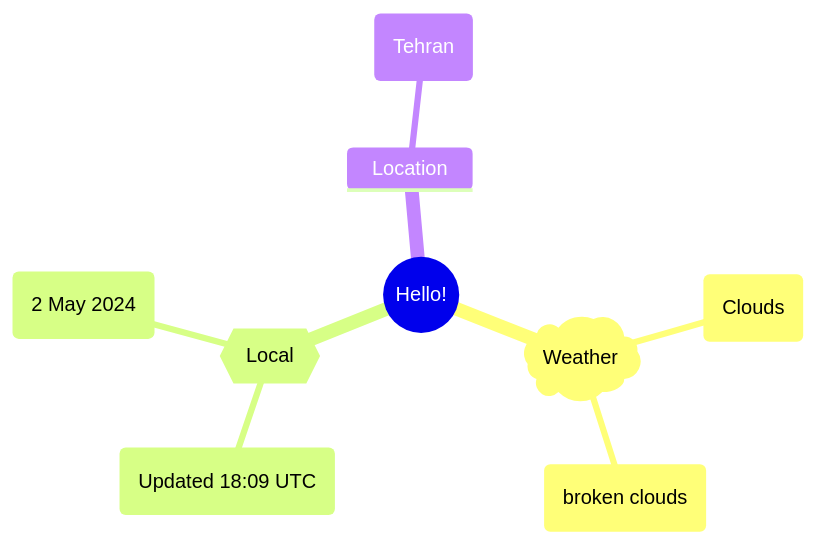
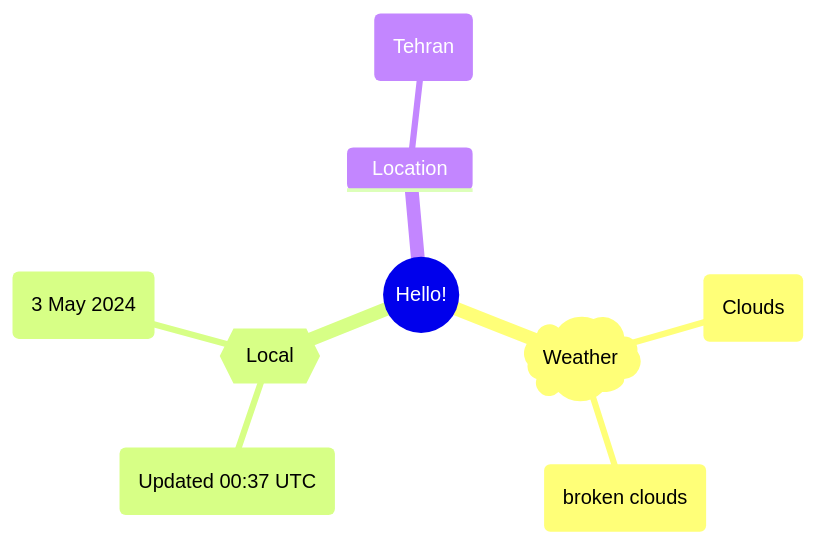
The first of 2 diagrams in README.md (Xosrov/Xosrov), drawn with Mermaid before and after one commit.

Commit message:
[bot] updated images

````diff
--- a/README.md
+++ b/README.md
@@ -3,12 +3,12 @@
 ```mermaid
 mindmap
   root((Hello!))
     )Weather(
         (Clouds)
         (broken clouds)
     {{Local}}
-        (Updated 18:09 UTC)
-        (2 May 2024)
+        (Updated 00:37 UTC)
+        (3 May 2024)
     Location
         (Tehran)
 ```
````
